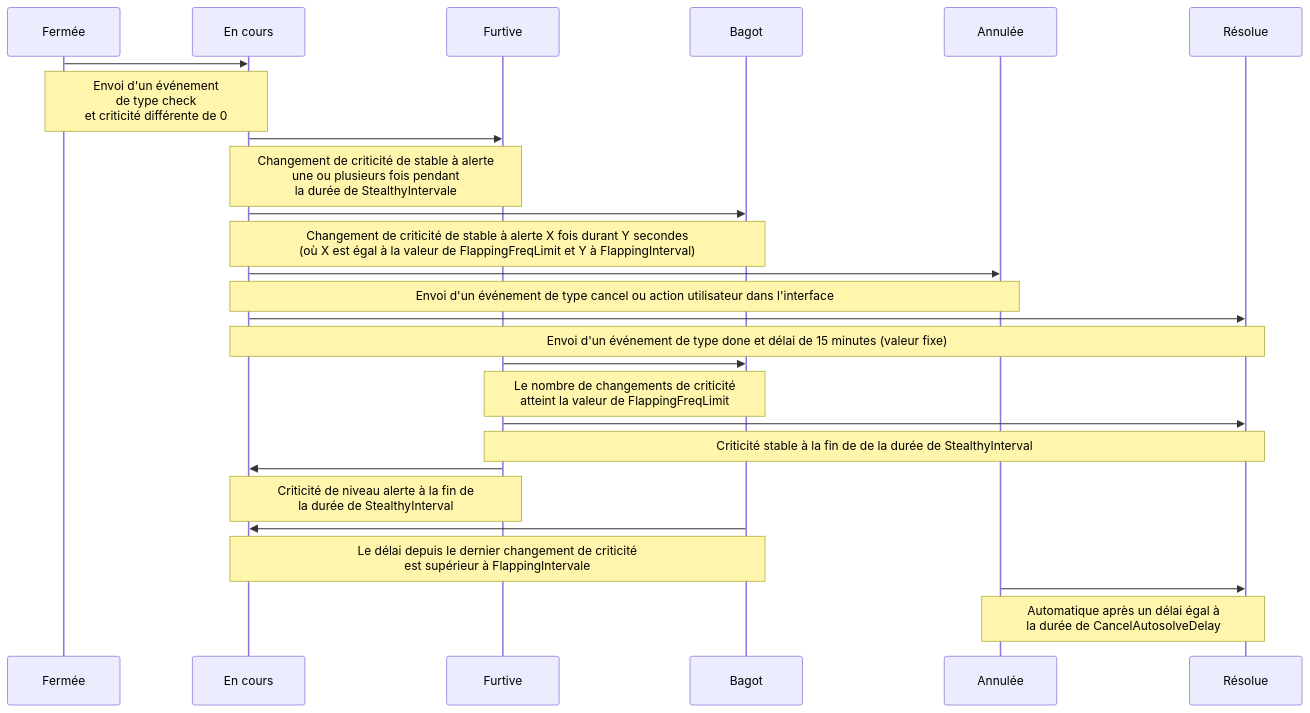
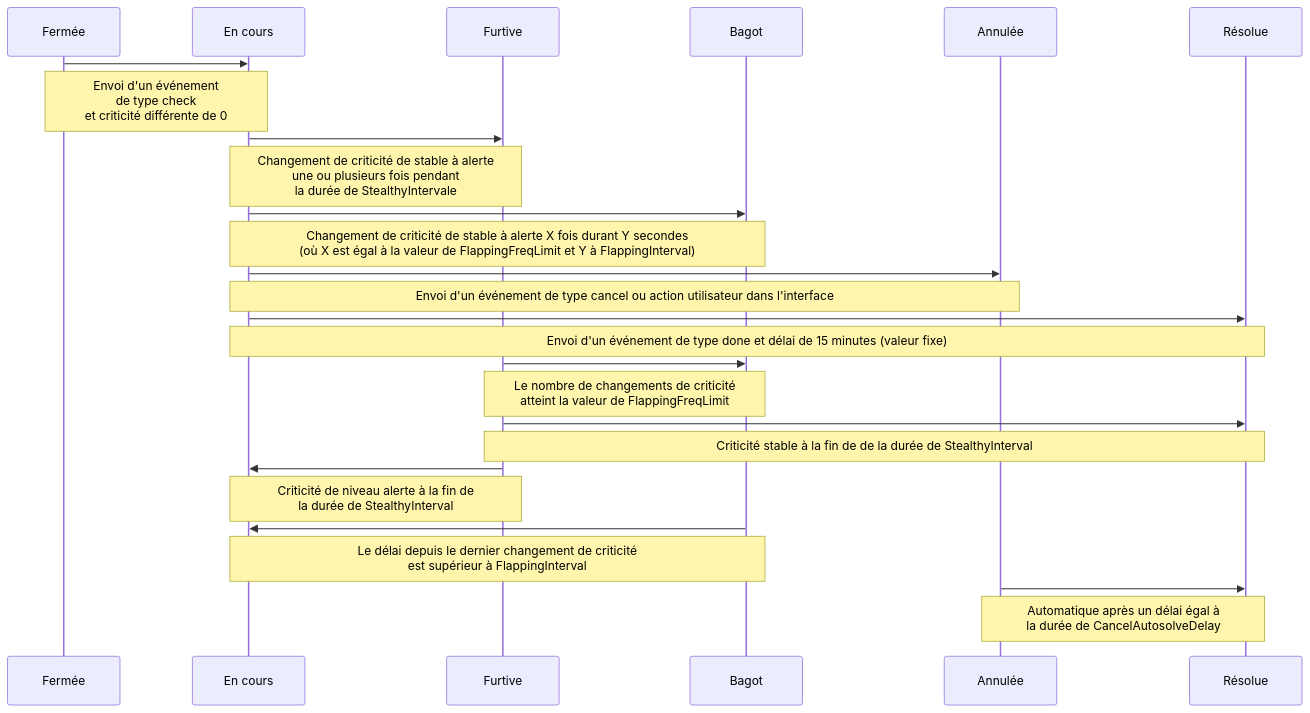
One commit to capensis/canopsis changed the diagram in sources/docs/fr/guide-utilisation/vocabulaire/index.md. Above: the diagram before and after it, drawn with Mermaid.

Commit message:
Apply 1 suggestion(s) to 1 file(s)

````diff
--- a/sources/docs/fr/guide-utilisation/vocabulaire/index.md
+++ b/sources/docs/fr/guide-utilisation/vocabulaire/index.md
@@ -144,39 +144,39 @@
 ```mermaid
 sequenceDiagram
 participant Fermée
 participant En cours
 participant Furtive
 participant Bagot
 participant Annulée
 participant Résolue
 
 Fermée ->> En cours:   
 Note over Fermée, En cours: Envoi d'un événement <br/> de type check <br/> et criticité différente de 0
 
 En cours ->> Furtive:   
 Note over En cours, Furtive: Changement de criticité de stable à alerte <br/> une ou plusieurs fois pendant <br/> la durée de StealthyIntervale
 
 En cours ->> Bagot:   
 Note over En cours, Bagot: Changement de criticité de stable à alerte X fois durant Y secondes <br/> (où X est égal à la valeur de FlappingFreqLimit et Y à FlappingInterval)
 
 En cours ->> Annulée:   
 Note over En cours, Annulée: Envoi d'un événement de type cancel ou action utilisateur dans l'interface
 
 En cours ->> Résolue:   
 Note over En cours, Résolue: Envoi d'un événement de type done et délai de 15 minutes (valeur fixe)
 
 Furtive ->> Bagot:   
 Note over Furtive, Bagot: Le nombre de changements de criticité <br/> atteint la valeur de FlappingFreqLimit
 
 Furtive ->> Résolue:   
 Note over Furtive, Résolue: Criticité stable à la fin de de la durée de StealthyInterval
 
 Furtive ->> En cours:   
 Note over Furtive, En cours: Criticité de niveau alerte à la fin de <br /> la durée de StealthyInterval
 
 Bagot ->> En cours:   
-Note over Bagot, En cours: Le délai depuis le dernier changement de criticité <br/> est supérieur à FlappingIntervale
+Note over Bagot, En cours: Le délai depuis le dernier changement de criticité <br/> est supérieur à FlappingInterval
 
 Annulée ->> Résolue:   
 Note over Annulée, Résolue: Automatique après un délai égal à <br/> la durée de CancelAutosolveDelay
 ```
````
